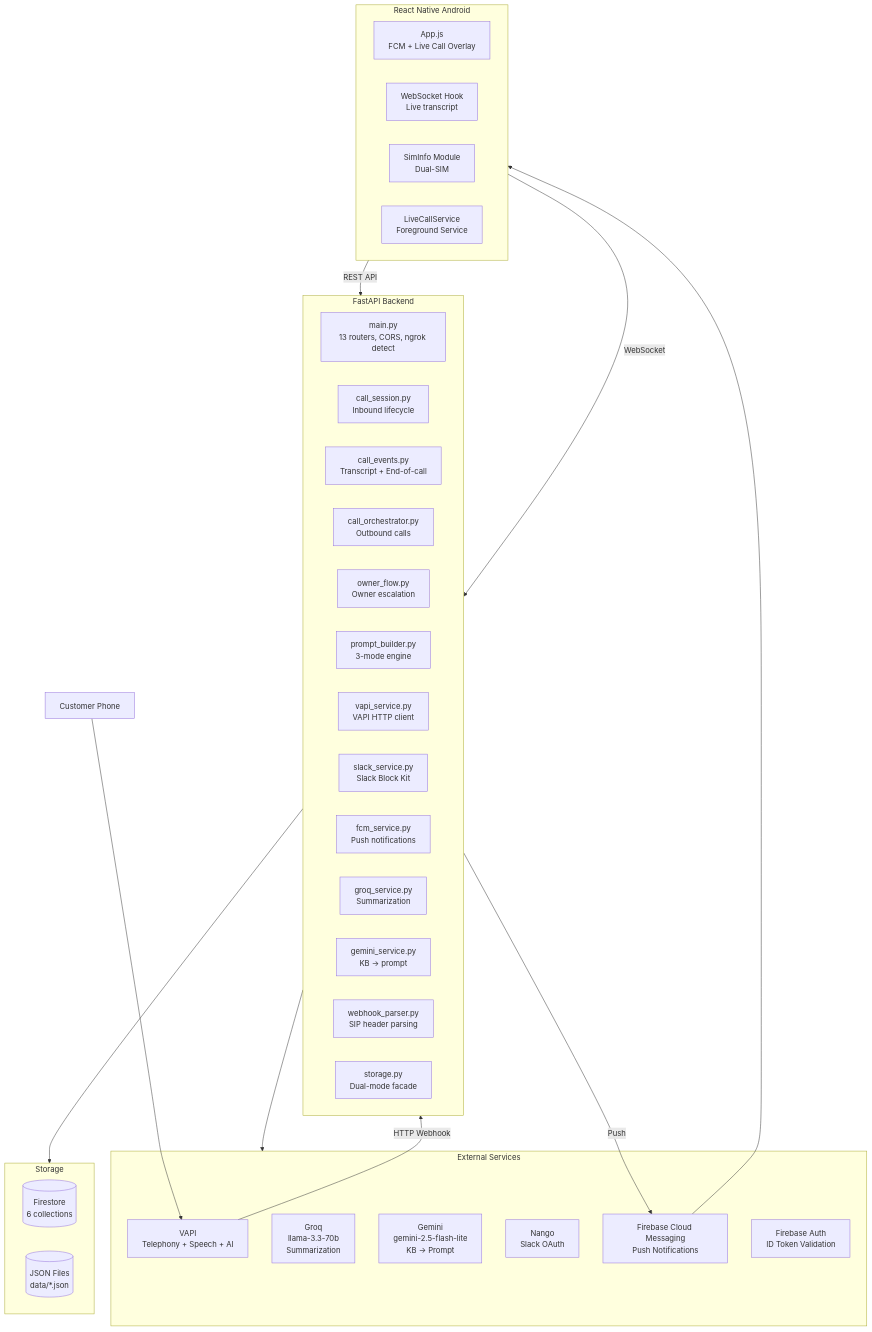
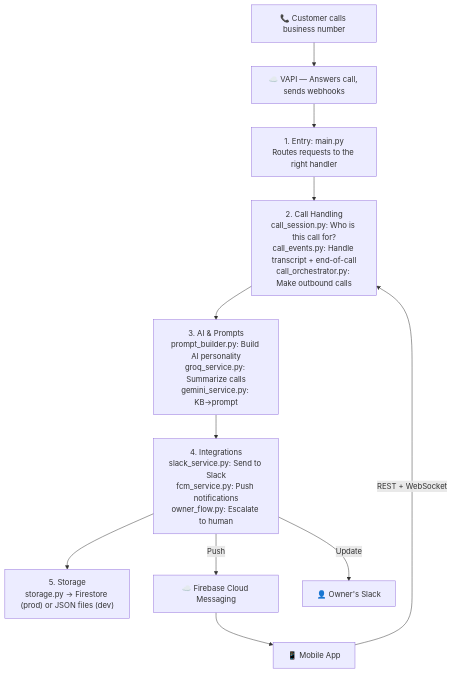
One commit to sarv-projects/study changed the first of 18 diagrams in soundhound_prep/13_SuperOwl_Deep_Dive.md. Above: the diagram before and after it, drawn with Mermaid. The commit also changed other lines of this file and 8 other files, not shown here.

````diff
--- a/soundhound_prep/13_SuperOwl_Deep_Dive.md
+++ b/soundhound_prep/13_SuperOwl_Deep_Dive.md
@@ -18,48 +18,22 @@
 ```mermaid
 flowchart TB
-    subgraph External["External Services"]
-        VAPI["VAPI<br/>Telephony + Speech + AI"]
-        GROQ["Groq<br/>llama-3.3-70b<br/>Summarization"]
-        GEMINI["Gemini<br/>gemini-2.5-flash-lite<br/>KB → Prompt"]
-        NANGO["Nango<br/>Slack OAuth"]
-        FCM["Firebase Cloud Messaging<br/>Push Notifications"]
-        FIREBASE["Firebase Auth<br/>ID Token Validation"]
-    end
+    Phone["📞 Customer calls business number"] --> VAPI
     
-    subgraph Backend["FastAPI Backend"]
-        MAIN["main.py<br/>13 routers, CORS, ngrok detect"]
-        CS["call_session.py<br/>Inbound lifecycle"]
-        CE["call_events.py<br/>Transcript + End-of-call"]
-        CO["call_orchestrator.py<br/>Outbound calls"]
-        OF["owner_flow.py<br/>Owner escalation"]
-        PB["prompt_builder.py<br/>3-mode engine"]
-        VS["vapi_service.py<br/>VAPI HTTP client"]
-        SS["slack_service.py<br/>Slack Block Kit"]
-        FS["fcm_service.py<br/>Push notifications"]
-        GS["groq_service.py<br/>Summarization"]
-        GMS["gemini_service.py<br/>KB → prompt"]
-        WP["webhook_parser.py<br/>SIP header parsing"]
-        ST["storage.py<br/>Dual-mode facade"]
-    end
+    VAPI["☁️ VAPI — Answers call, sends webhooks"] --> ENTRY
     
-    subgraph Storage["Storage"]
-        FIRESTORE[("Firestore<br/>6 collections")]
-        JSON[("JSON Files<br/>data/*.json")]
-    end
+    ENTRY["1. Entry: main.py<br/>Routes requests to the right handler"] --> CALLS
     
-    subgraph Mobile["React Native Android"]
-        APP["App.js<br/>FCM + Live Call Overlay"]
-        WS["WebSocket Hook<br/>Live transcript"]
-        SIM["SimInfo Module<br/>Dual-SIM"]
-        LCF["LiveCallService<br/>Foreground Service"]
-    end
+    CALLS["2. Call Handling<br/>call_session.py: Who is this call for?<br/>call_events.py: Handle transcript + end-of-call<br/>call_orchestrator.py: Make outbound calls"] --> AI
     
-    Phone["Customer Phone"] --> VAPI
-    VAPI -->|"HTTP Webhook"| Backend
-    Backend --> Storage
-    Backend --> External
-    Mobile -->|"REST API"| Backend
-    Mobile -->|"WebSocket"| Backend
-    Backend -->|"Push"| FCM
-    FCM --> Mobile
+    AI["3. AI & Prompts<br/>prompt_builder.py: Build AI personality<br/>groq_service.py: Summarize calls<br/>gemini_service.py: KB→prompt"] --> INT
+    
+    INT["4. Integrations<br/>slack_service.py: Send to Slack<br/>fcm_service.py: Push notifications<br/>owner_flow.py: Escalate to human"] --> STORE
+    
+    STORE["5. Storage<br/>storage.py → Firestore (prod) or JSON files (dev)"]
+    
+    INT -->|"Push"| FCM["☁️ Firebase Cloud Messaging"]
+    FCM --> APP["📱 Mobile App"]
+    INT -->|"Update"| SLACK["👤 Owner's Slack"]
+    
+    APP -->|"REST + WebSocket"| CALLS
 ```
````
